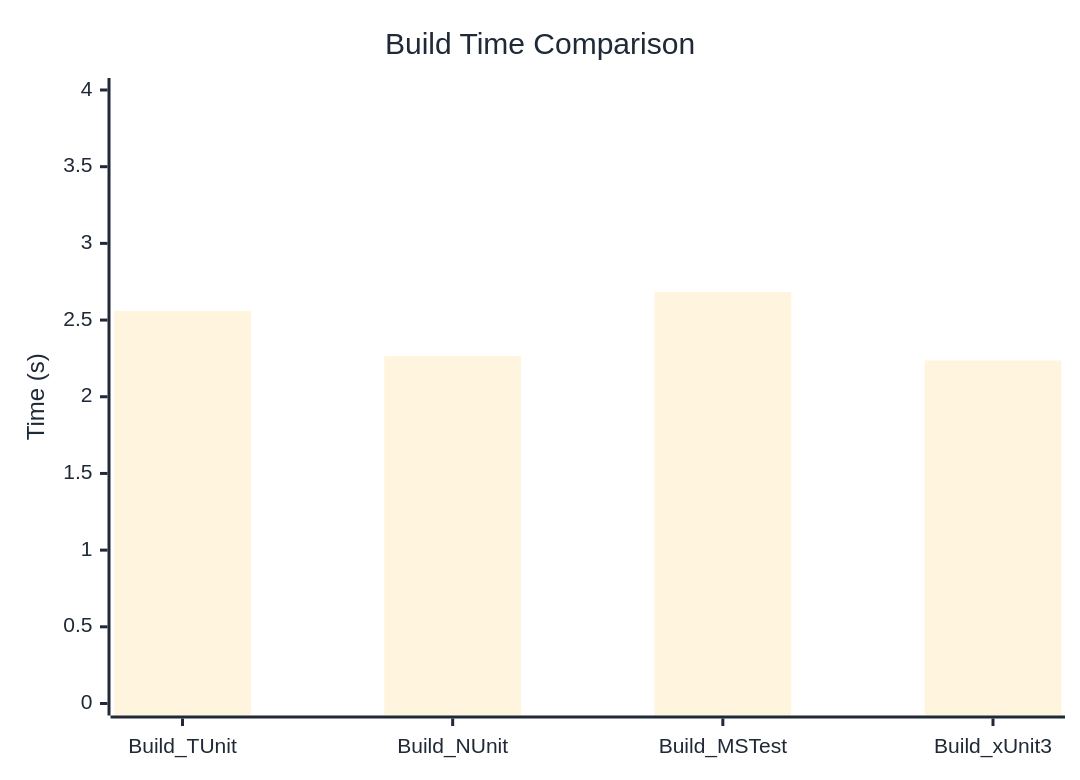
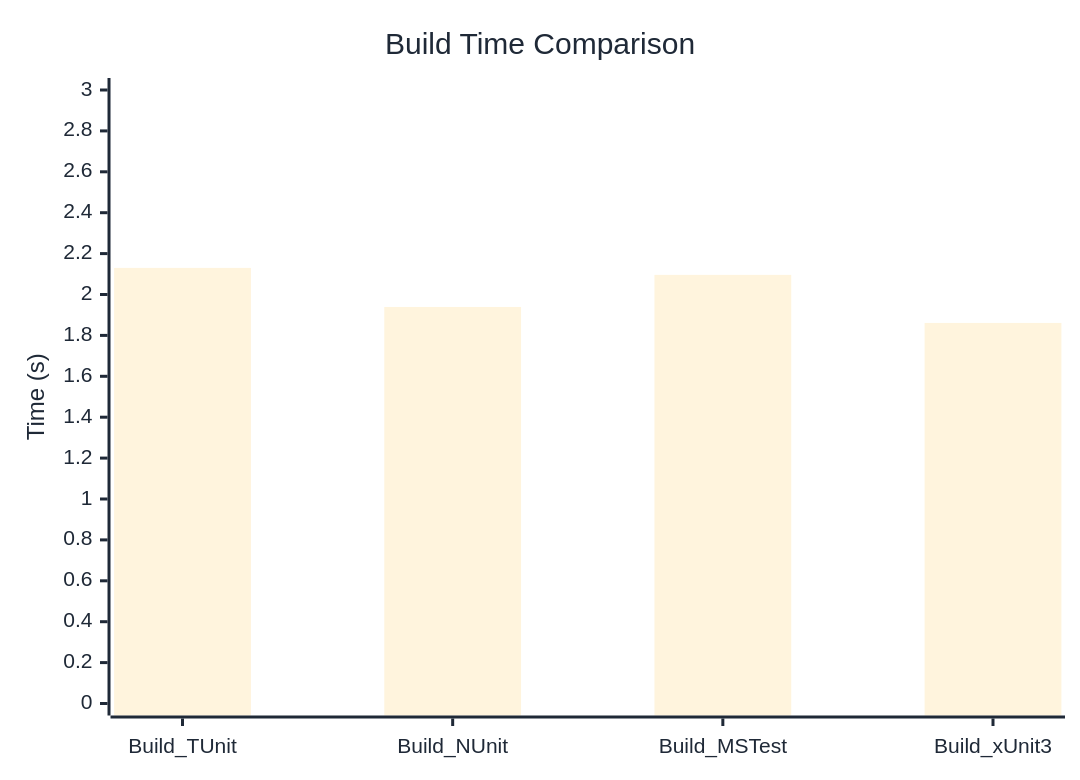
The diagram in docs/docs/benchmarks/engine/BuildTime.md (thomhurst/TUnit), drawn with Mermaid before and after one commit. The commit also changed other lines of this file and 18 other files, not shown here.

````diff
--- a/docs/docs/benchmarks/engine/BuildTime.md
+++ b/docs/docs/benchmarks/engine/BuildTime.md
@@ -30,37 +30,37 @@
 ```mermaid
 %%{init: {
   'theme':'base',
   'themeVariables': {
     'primaryColor': '#2563eb',
     'primaryTextColor': '#1f2937',
     'primaryBorderColor': '#1e40af',
     'lineColor': '#6b7280',
     'secondaryColor': '#7c3aed',
     'tertiaryColor': '#dc2626',
     'background': '#ffffff',
     'mainBkg': '#2563eb',
     'secondBkg': '#7c3aed',
     'tertiaryBkg': '#dc2626',
     'clusterBkg': '#f3f4f6',
     'edgeLabelBackground': '#ffffff',
     'tertiaryTextColor': '#1f2937',
     'pie1': '#2563eb',
     'pie2': '#7c3aed',
     'pie3': '#dc2626',
     'pie4': '#f59e0b',
     'pie5': '#10b981',
     'pie6': '#06b6d4',
     'pie7': '#ec4899',
     'pie8': '#6366f1',
     'pie9': '#84cc16',
     'pie10': '#f97316',
     'pie11': '#14b8a6',
     'pie12': '#a855f7'
   }
 }}%%
 xychart-beta
   title "Build Time Comparison"
   x-axis ["Build_TUnit", "Build_NUnit", "Build_MSTest", "Build_xUnit3"]
-  y-axis "Time (s)" 0 --> 4
-  bar [2.56, 2.266, 2.683, 2.236]
+  y-axis "Time (s)" 0 --> 3
+  bar [2.13, 1.939, 2.096, 1.861]
 ```
````
